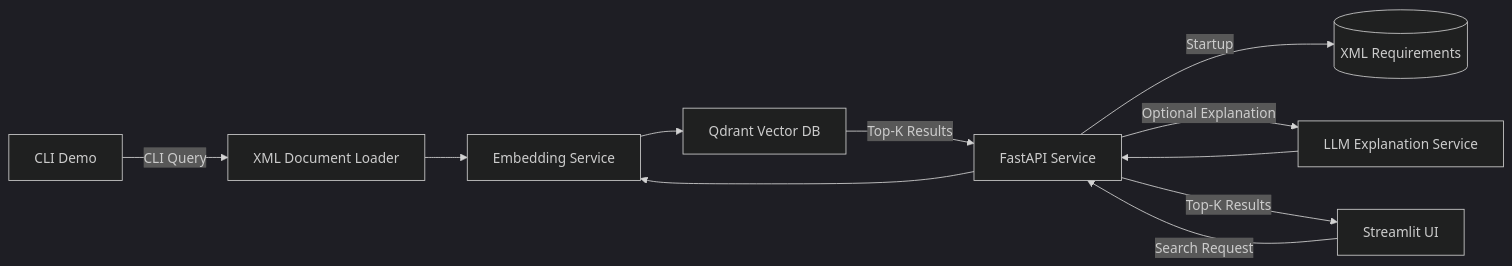
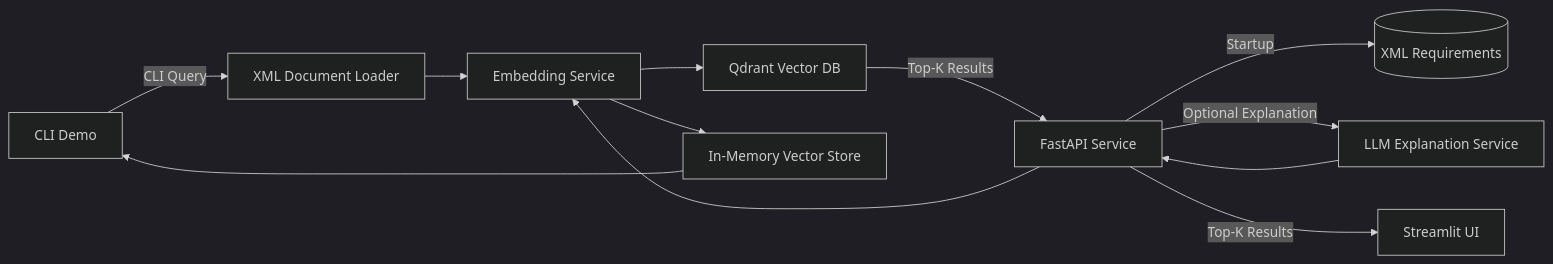
One commit to patricknanz2002-wq/ai-requirements-engine changed the diagram in README.md. Above: the diagram before and after it, drawn with Mermaid (dark theme). The commit also changed other lines of this file and 1 other file, not shown here.

Commit message:
feat: refactor CLI demo to use in-memory vector store instead of Qdrant

````diff
--- a/README.md
+++ b/README.md
@@ -90,28 +80,29 @@
 ```mermaid
 flowchart LR
 
 CLI["CLI Demo"]
 UI["Streamlit UI"]
 API["FastAPI Service"]
 Embedder["Embedding Service"]
 VectorDB["Qdrant Vector DB"]
 LLM["LLM Explanation Service"]
 Data[(XML Requirements)]
 Loader["XML Document Loader"]
 
 API -->|Startup| Data
 API --> Embedder
 
 Embedder --> VectorDB
 VectorDB -->|Top-K Results| API
 
 API -->|Optional Explanation| LLM
 LLM --> API
 
 CLI -->|CLI Query| Loader
 Loader --> Embedder
-UI -->|Search Request| API
+Embedder --> CLIStore["In-Memory Vector Store"]
+CLIStore --> CLI
 
 API -->|Top-K Results| UI
 
 ```
````
